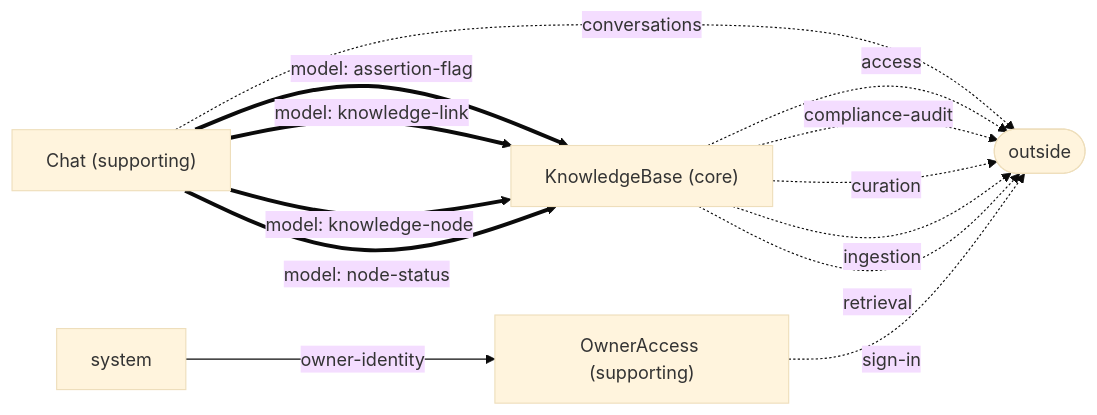
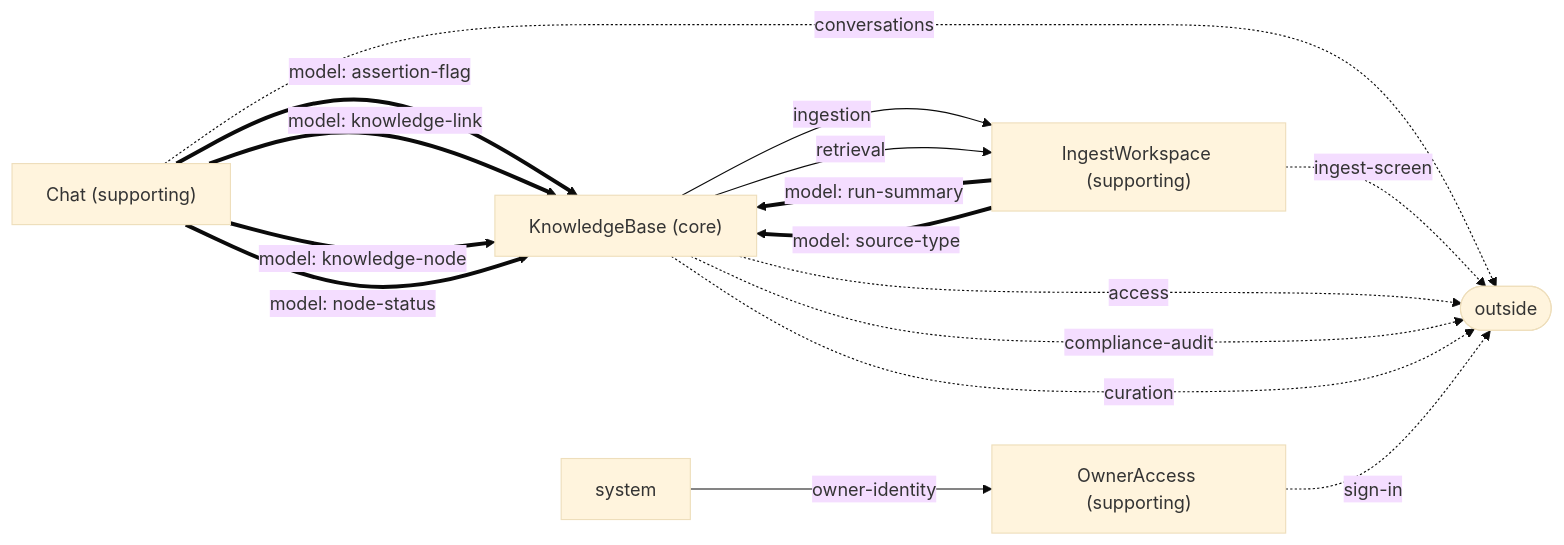
The diagram in specification/projections/context-map.mmd (zig999/remember), drawn with Mermaid (base theme) before and after one commit. The commit also changed 75 other files, not shown here.

First line of the commit message:
analyse(adopt-fe-ingest): ingest-workspace context, 143 fact lines (124 in nodes, 19 outside)

```diff
--- a/specification/projections/context-map.mmd
+++ b/specification/projections/context-map.mmd
@@ -1,19 +1,25 @@
 flowchart LR
     chat["Chat (supporting)"]
+    ingest_workspace["IngestWorkspace (supporting)"]
     knowledge_base["KnowledgeBase (core)"]
     owner_access["OwnerAccess (supporting)"]
+    knowledge_base -->|ingestion| ingest_workspace
+    knowledge_base -->|retrieval| ingest_workspace
     system -->|owner-identity| owner_access
     chat ==>|model: assertion-flag| knowledge_base
     chat ==>|model: knowledge-link| knowledge_base
     chat ==>|model: knowledge-node| knowledge_base
     chat ==>|model: node-status| knowledge_base
+    ingest_workspace ==>|model: run-summary| knowledge_base
+    ingest_workspace ==>|model: source-type| knowledge_base
     outside(["outside"])
     chat -.->|conversations| outside
+    ingest_workspace -.->|ingest-screen| outside
     knowledge_base -.->|access| outside
     knowledge_base -.->|compliance-audit| outside
     knowledge_base -.->|curation| outside
-    knowledge_base -.->|ingestion| outside
-    knowledge_base -.->|retrieval| outside
     owner_access -.->|sign-in| outside
+    %% separate ways: chat and ingest-workspace share no contract and no model
     %% separate ways: chat and owner-access share no contract and no model
+    %% separate ways: ingest-workspace and owner-access share no contract and no model
     %% separate ways: knowledge-base and owner-access share no contract and no model
```
